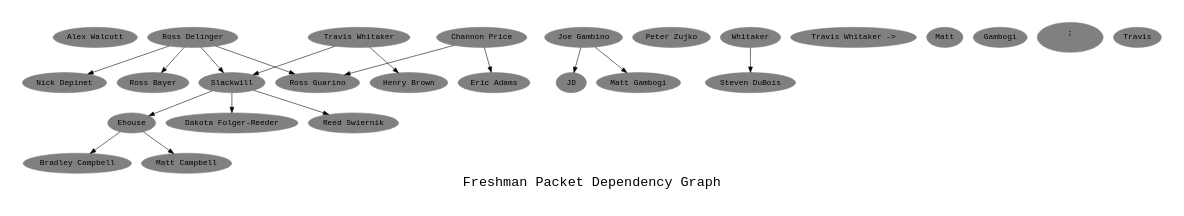
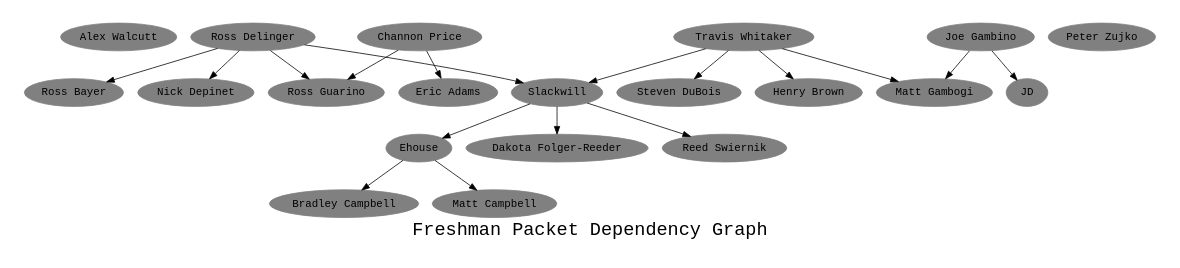
The diagram in dep.gv (robgssp/CSHDigraph), drawn with Graphviz before and after one commit.

Commit message:
Fix Travis missing quote

```diff
--- a/dep.gv
+++ b/dep.gv
@@ -1,49 +1,49 @@
 digraph "Packet Dependencies" {
 	graph [ fontname = "Monospace",
 		fontsize = 24,
 		label = "Freshman Packet Dependency Graph",
 		size = "6,6" ];
 	node [	shape = oval,
 		color = grey,
 		style = filled,
 		fontname = "Monospace" ];
 
 	"Alex Walcutt";
 	"Bradley Campbell";
 	"Channon Price";
 	"Dakota Folger-Reeder";
 	"Ehouse";
 	"Eric Adams";
 	"Henry Brown";
 	"JD";
 	"Joe Gambino";
 	"Matt Campbell";
 	"Matt Gambogi";
 	"Nick Depinet";
 	"Peter Zujko";
 	"Reed Swiernik";
 	"Ross Bayer";
 	"Ross Delinger";
 	"Ross Guarino";
 	"Slackwill";
 	"Steven DuBois"
 	"Travis Whitaker";
 
 	"Channon Price" -> "Eric Adams";
 	"Channon Price" -> "Ross Guarino";
 	"Ehouse" -> "Bradley Campbell";
 	"Ehouse" -> "Matt Campbell";
 	"Joe Gambino" -> "JD";
 	"Joe Gambino" -> "Matt Gambogi";
 	"Ross Delinger" -> "Nick Depinet";
 	"Ross Delinger" -> "Ross Bayer";
 	"Ross Delinger" -> "Ross Guarino";
 	"Ross Delinger" -> "Slackwill";
 	"Slackwill" -> "Dakota Folger-Reeder";
 	"Slackwill" -> "Ehouse";
 	"Slackwill" -> "Reed Swiernik";
-	"Travis Whitaker -> "Matt Gambogi";
-	"Travis Whitaker -> "Steven DuBois";
+	"Travis Whitaker" -> "Matt Gambogi";
+	"Travis Whitaker" -> "Steven DuBois";
 	"Travis Whitaker" -> "Henry Brown";
 	"Travis Whitaker" -> "Slackwill";
 }
```
